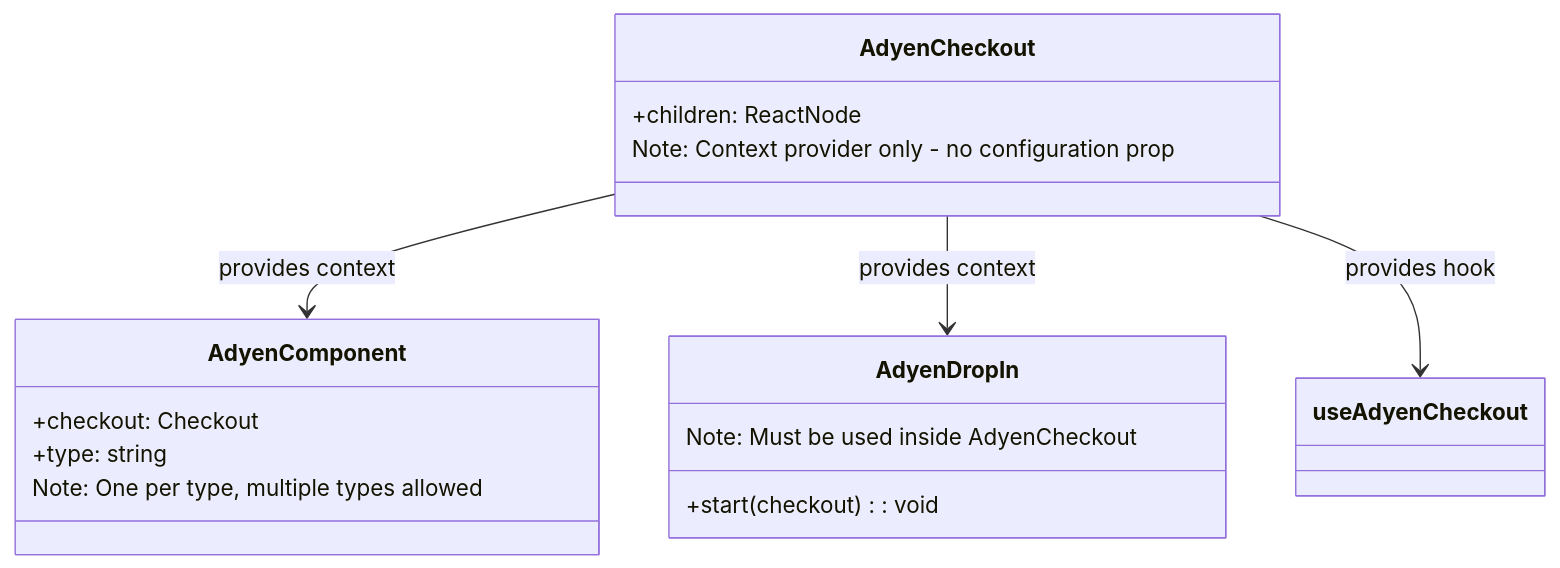
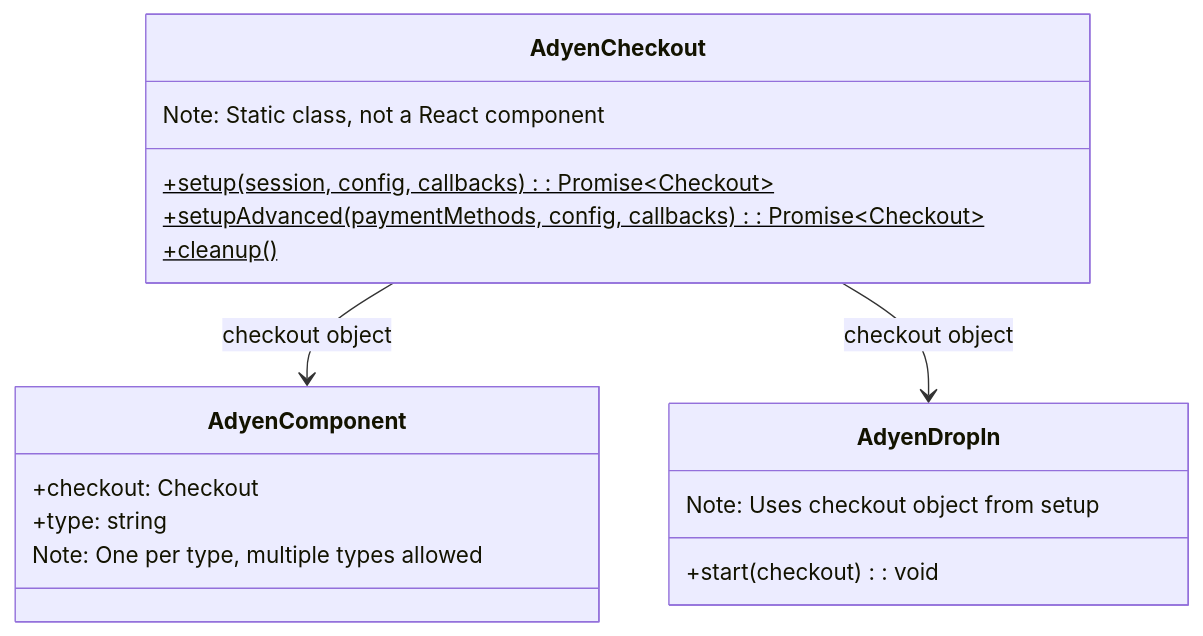
One commit to Adyen/adyen-react-native changed the second of 7 diagrams in docs/v6-public-api-proposal.md. Above: the diagram before and after it, drawn with Mermaid. The commit also changed other lines of this file and 26 other files, not shown here.

First line of the commit message:
refactor: replace AdyenCheckout provider with static API (Option B)

````diff
--- a/docs/v6-public-api-proposal.md
+++ b/docs/v6-public-api-proposal.md
@@ -64,22 +68,23 @@
 ```mermaid
 classDiagram
     class AdyenCheckout {
-        +children: ReactNode
-        Note: Context provider only - no configuration prop
+        +setup(session, config, callbacks): Promise~Checkout~$
+        +setupAdvanced(paymentMethods, config, callbacks): Promise~Checkout~$
+        +cleanup()$
+        Note: Static class, not a React component
     }
 
     class AdyenComponent {
         +checkout: Checkout
         +type: string
         Note: One per type, multiple types allowed
     }
 
     class AdyenDropIn {
         +start(checkout): void
-        Note: Must be used inside AdyenCheckout
+        Note: Uses checkout object from setup
     }
 
-    AdyenCheckout --> AdyenComponent : provides context
-    AdyenCheckout --> AdyenDropIn : provides context
-    AdyenCheckout --> useAdyenCheckout : provides hook
+    AdyenCheckout --> AdyenComponent : checkout object
+    AdyenCheckout --> AdyenDropIn : checkout object
 ```
````
